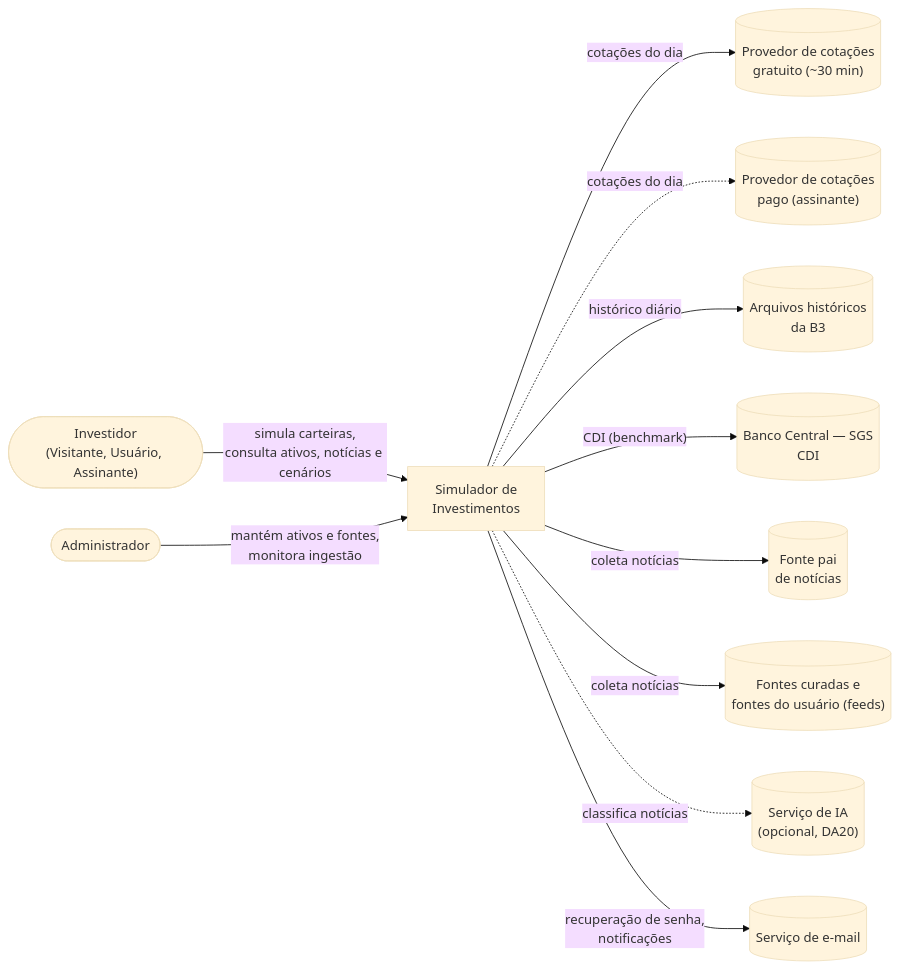
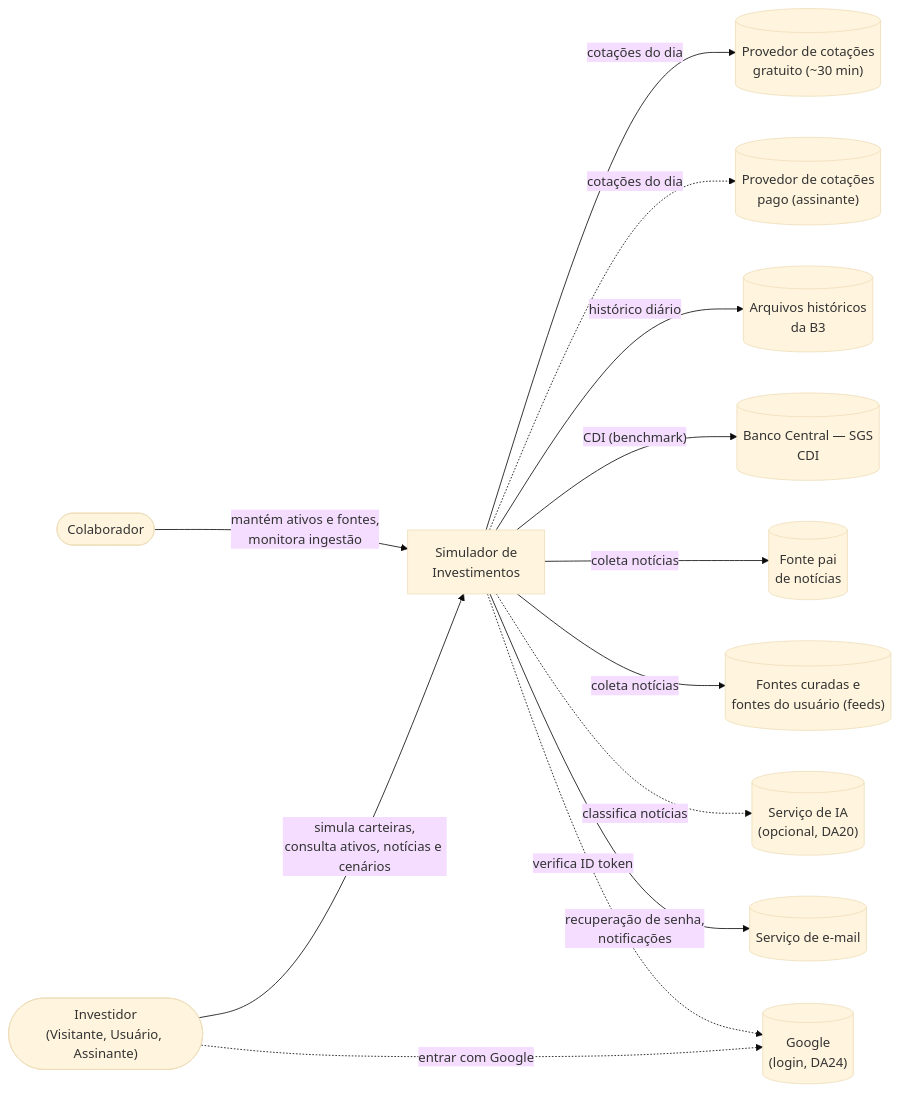
The first of 9 diagrams in arquitetura.md (AnjiNight/Revolution-THE-BOB), drawn with Mermaid (base theme) before and after one commit. The commit also changed other lines of this file and 87 other files, not shown here.

````diff
--- a/arquitetura.md
+++ b/arquitetura.md
@@ -110,25 +112,28 @@
 ```mermaid
 flowchart LR
     U(["Investidor<br/>(Visitante, Usuário, Assinante)"])
-    ADM(["Administrador"])
+    ADM(["Colaborador"])
     SIS["Simulador de<br/>Investimentos"]
     COT[("Provedor de cotações<br/>gratuito (~30 min)")]
     COTP[("Provedor de cotações<br/>pago (assinante)")]
     B3[("Arquivos históricos<br/>da B3")]
     BC[("Banco Central — SGS<br/>CDI")]
     PAI[("Fonte pai<br/>de notícias")]
     NOT[("Fontes curadas e<br/>fontes do usuário (feeds)")]
     IA[("Serviço de IA<br/>(opcional, DA20)")]
     MAIL[("Serviço de e-mail")]
+    GOO[("Google<br/>(login, DA24)")]
 
     U -- "simula carteiras,<br/>consulta ativos, notícias e cenários" --> SIS
     ADM -- "mantém ativos e fontes,<br/>monitora ingestão" --> SIS
     SIS -- "cotações do dia" --> COT
     SIS -. "cotações do dia" .-> COTP
     SIS -- "histórico diário" --> B3
     SIS -- "CDI (benchmark)" --> BC
     SIS -- "coleta notícias" --> PAI
     SIS -- "coleta notícias" --> NOT
     SIS -. "classifica notícias" .-> IA
     SIS -- "recuperação de senha,<br/>notificações" --> MAIL
+    U -. "entrar com Google" .-> GOO
+    SIS -. "verifica ID token" .-> GOO
 ```
````
